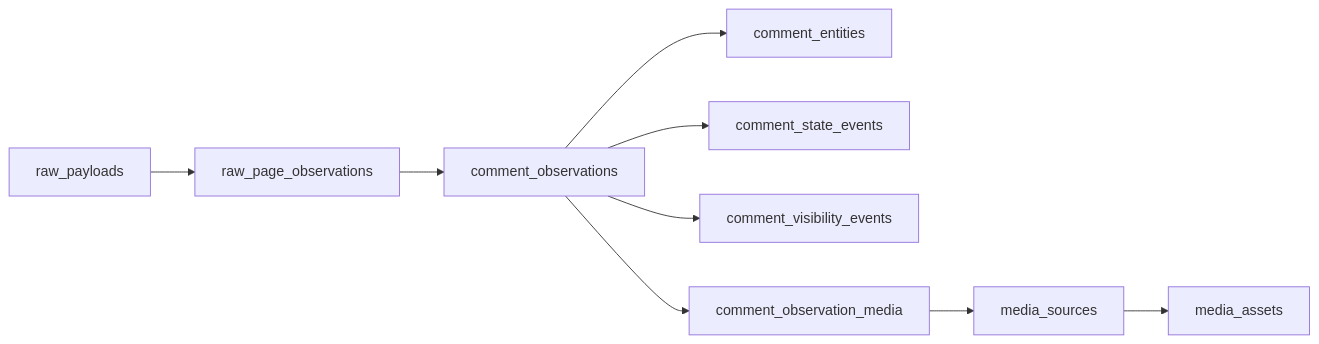
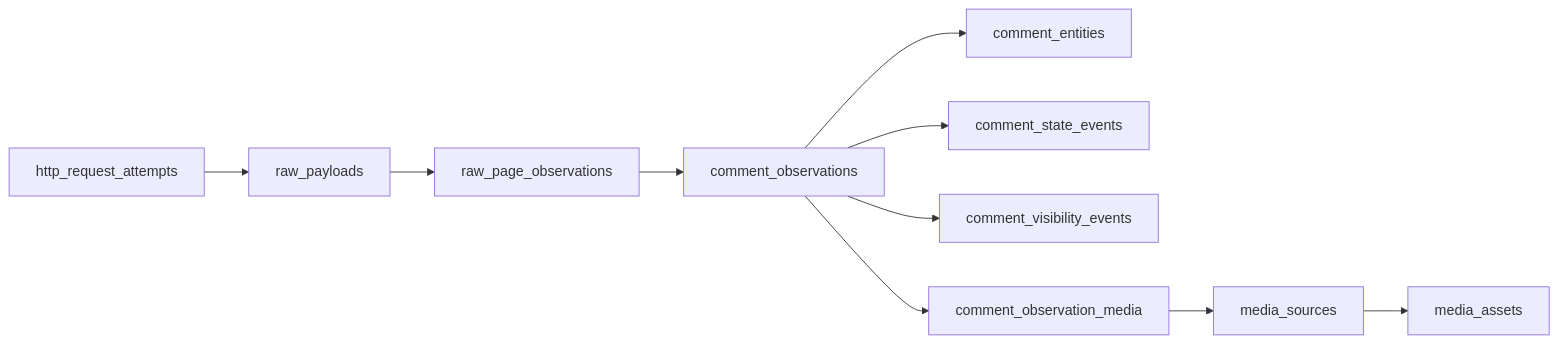
One commit to modenicheng/books-of-time changed the second of 2 diagrams in docs/DATA_MODEL.md. Above: the diagram before and after it, drawn with Mermaid. The commit also changed other lines of this file and 4 other files, not shown here.

````diff
--- a/docs/DATA_MODEL.md
+++ b/docs/DATA_MODEL.md
@@ -69,11 +80,12 @@
 ```mermaid
 flowchart LR
-    RP["raw_payloads"] --> PG["raw_page_observations"]
+    HA["http_request_attempts"] --> RP["raw_payloads"]
+    RP --> PG["raw_page_observations"]
     PG --> CO["comment_observations"]
     CO --> CE["comment_entities"]
     CO --> SE["comment_state_events"]
     CO --> VE["comment_visibility_events"]
     CO --> CM["comment_observation_media"]
     CM --> MS["media_sources"]
     MS --> MA["media_assets"]
 ```
````
